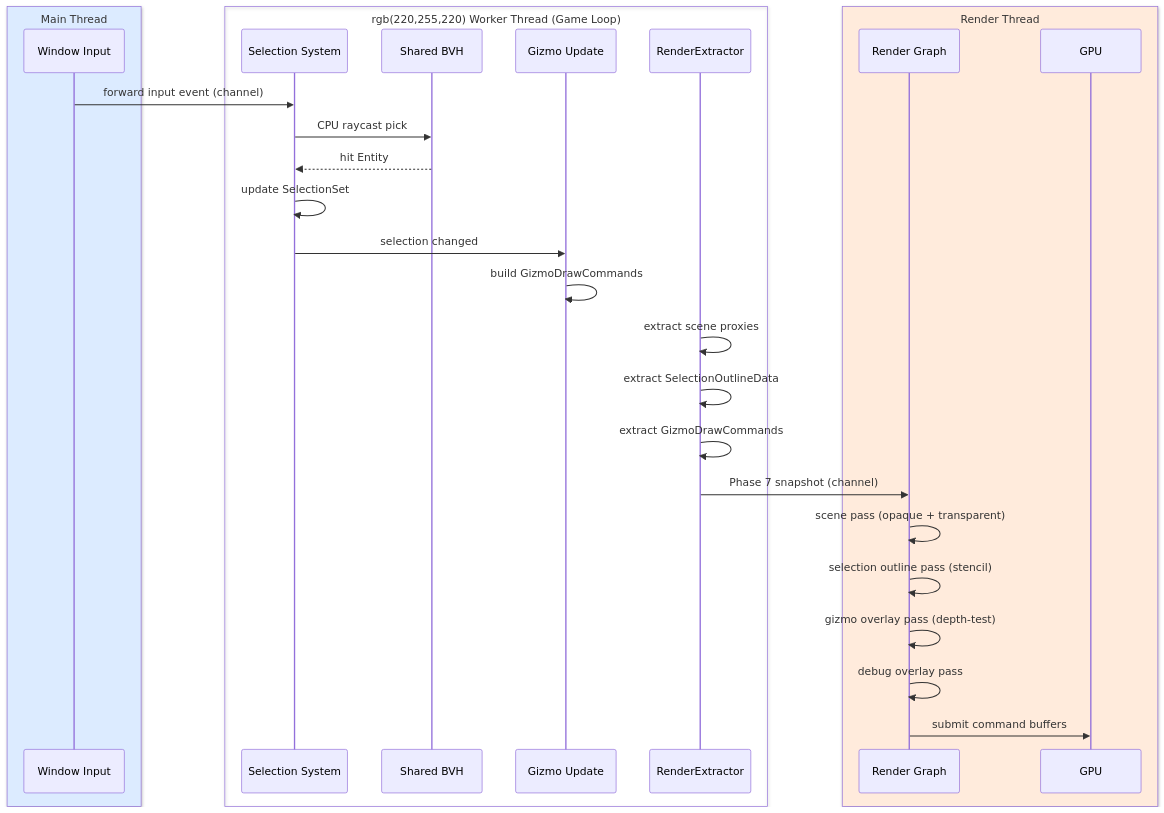
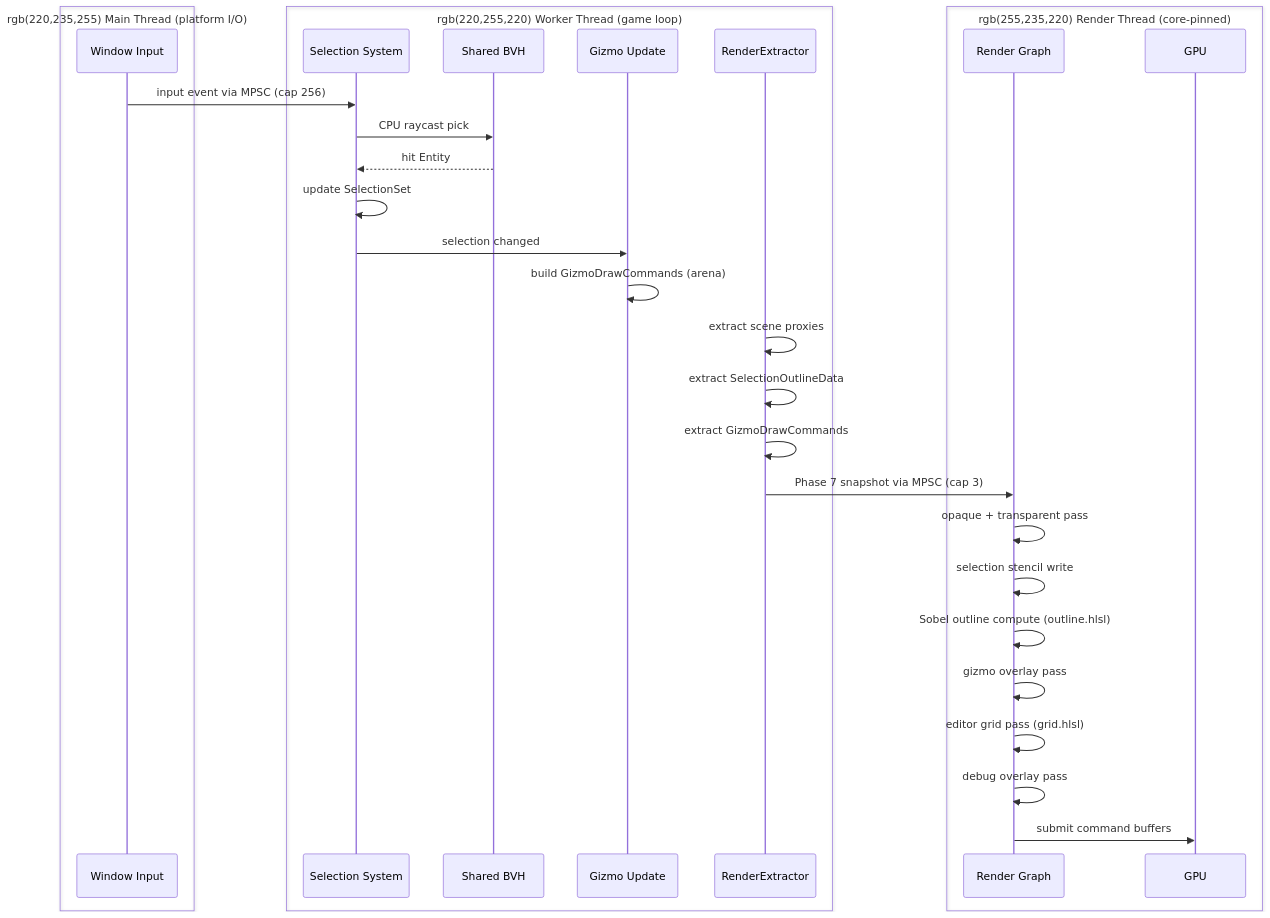
One commit to harmonius-dev/harmonius changed the second of 2 diagrams in docs/design/integration/editor-rendering.md. Above: the diagram before and after it, drawn with Mermaid. The commit also changed other lines of this file and 109 other files, not shown here.

````diff
--- a/docs/design/integration/editor-rendering.md
+++ b/docs/design/integration/editor-rendering.md
@@ -134,32 +513,34 @@
 ```mermaid
 sequenceDiagram
-    box rgb(220,235,255) Main Thread
+    box rgb(220,235,255) Main Thread (platform I/O)
         participant WIN as Window Input
     end
-    box rgb(220,255,220) Worker Thread (Game Loop)
+    box rgb(220,255,220) Worker Thread (game loop)
         participant SEL as Selection System
         participant BVH as Shared BVH
         participant GIZ as Gizmo Update
         participant EXT as RenderExtractor
     end
-    box rgb(255,235,220) Render Thread
+    box rgb(255,235,220) Render Thread (core-pinned)
         participant RG as Render Graph
         participant GPU as GPU
     end
 
-    WIN->>SEL: forward input event (channel)
+    WIN->>SEL: input event via MPSC (cap 256)
     SEL->>BVH: CPU raycast pick
     BVH-->>SEL: hit Entity
     SEL->>SEL: update SelectionSet
     SEL->>GIZ: selection changed
-    GIZ->>GIZ: build GizmoDrawCommands
+    GIZ->>GIZ: build GizmoDrawCommands (arena)
     EXT->>EXT: extract scene proxies
     EXT->>EXT: extract SelectionOutlineData
     EXT->>EXT: extract GizmoDrawCommands
-    EXT->>RG: Phase 7 snapshot (channel)
-    RG->>RG: scene pass (opaque + transparent)
-    RG->>RG: selection outline pass (stencil)
-    RG->>RG: gizmo overlay pass (depth-test)
+    EXT->>RG: Phase 7 snapshot via MPSC (cap 3)
+    RG->>RG: opaque + transparent pass
+    RG->>RG: selection stencil write
+    RG->>RG: Sobel outline compute (outline.hlsl)
+    RG->>RG: gizmo overlay pass
+    RG->>RG: editor grid pass (grid.hlsl)
     RG->>RG: debug overlay pass
     RG->>GPU: submit command buffers
 ```
````
